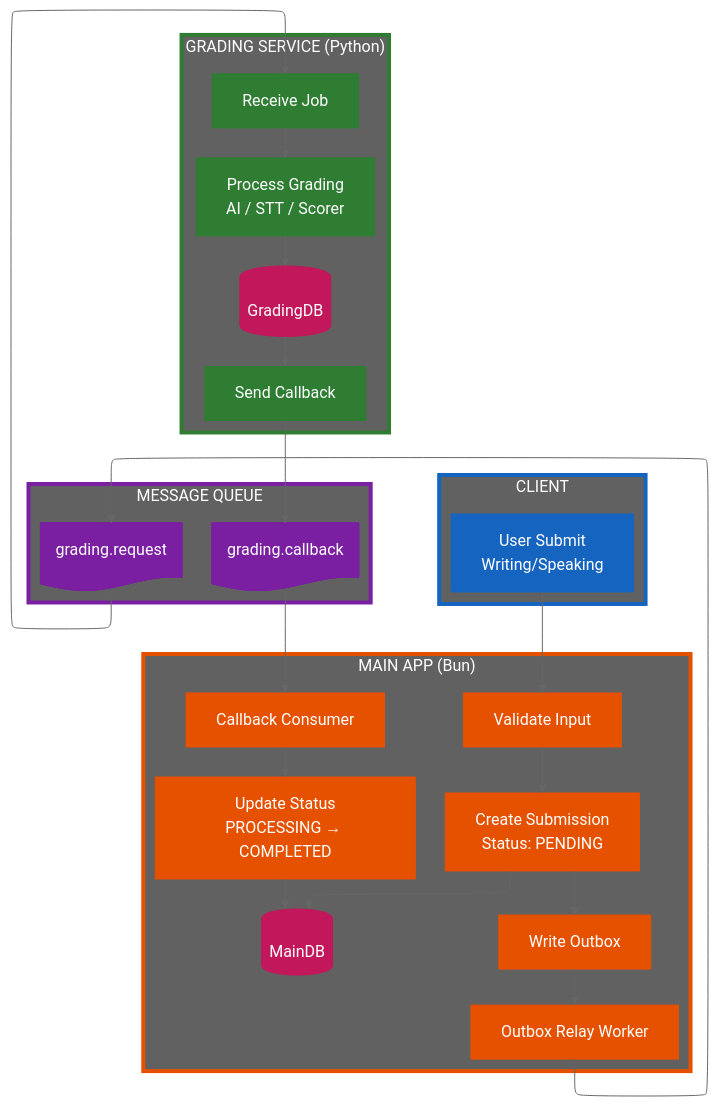
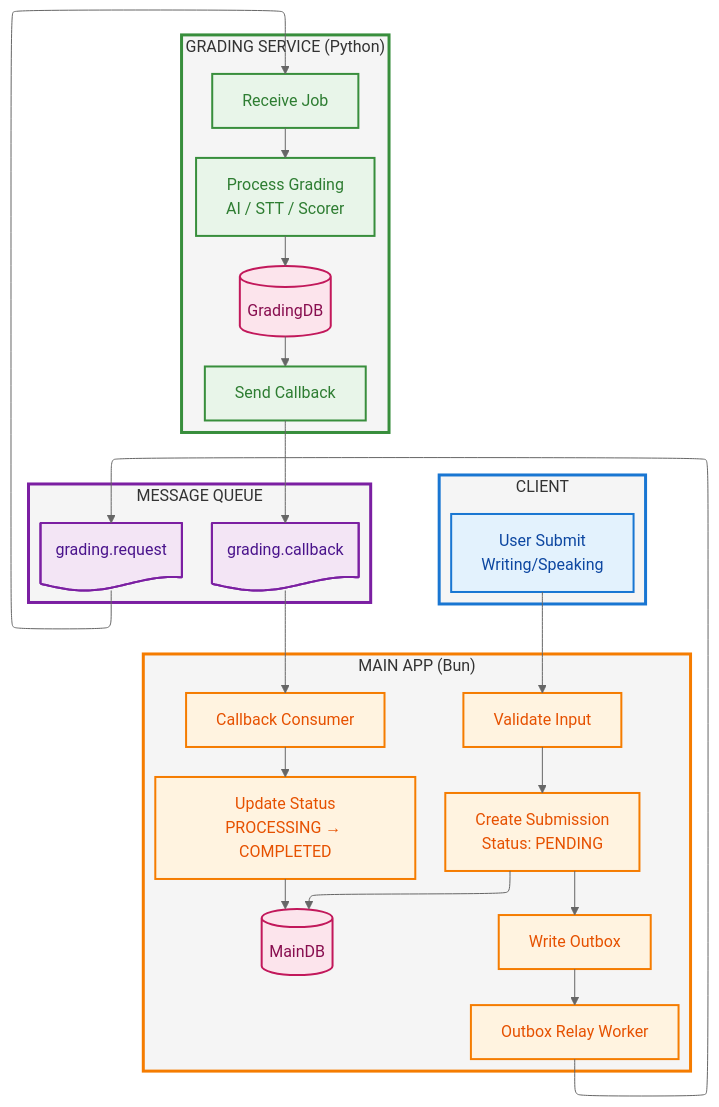
One commit to nghyane/VSTEP changed the second of 12 diagrams in docs/capstone/diagrams/flow-diagrams.vi.md. Above: the diagram before and after it, drawn with Mermaid (neutral theme). The commit also changed other lines of this file, not shown here.

First line of the commit message:
style(docs): fix mermaid diagram colors to pastel scheme

````diff
--- a/docs/capstone/diagrams/flow-diagrams.vi.md
+++ b/docs/capstone/diagrams/flow-diagrams.vi.md
@@ -95,64 +95,64 @@
 ```mermaid
 ---
 config:
   layout: elk
 ---
 flowchart TB
     subgraph Client["CLIENT"]
         User["User Submit\nWriting/Speaking"]
     end
 
     subgraph Bun["MAIN APP (Bun)"]
         direction TB
         Validate["Validate Input"]
         CreateSub["Create Submission\nStatus: PENDING"]
         SaveDB[("MainDB")]
         WriteOutbox["Write Outbox"]
         Relay["Outbox Relay Worker"]
         Consume["Callback Consumer"]
         UpdateStatus["Update Status\nPROCESSING → COMPLETED"]
     end
 
     subgraph Queue["MESSAGE QUEUE"]
         ReqQueue@{ shape: doc, label: "grading.request" }
         CbQueue@{ shape: doc, label: "grading.callback" }
     end
 
     subgraph Python["GRADING SERVICE (Python)"]
         direction TB
         Receive["Receive Job"]
         Process["Process Grading\nAI / STT / Scorer"]
         SaveGrade[("GradingDB")]
         SendCb["Send Callback"]
     end
 
     User --> Validate --> CreateSub --> SaveDB
     CreateSub --> WriteOutbox
     WriteOutbox --> Relay --> ReqQueue --> Receive
     Receive --> Process --> SaveGrade --> SendCb --> CbQueue --> Consume
     Consume --> UpdateStatus --> SaveDB
 
-    %% Nodes
-    classDef client fill:#1565c0,stroke:#1565c0,color:#fff
-    classDef bun fill:#e65100,stroke:#e65100,color:#fff
-    classDef queue fill:#7b1fa2,stroke:#7b1fa2,color:#fff
-    classDef python fill:#2e7d32,stroke:#2e7d32,color:#fff
-    classDef db fill:#c2185b,stroke:#c2185b,color:#fff
+    %% Nodes - soft pastel fill with dark text
+    classDef client fill:#e3f2fd,stroke:#1976d2,stroke-width:2px,color:#0d47a1
+    classDef bun fill:#fff3e0,stroke:#f57c00,stroke-width:2px,color:#e65100
+    classDef queue fill:#f3e5f5,stroke:#7b1fa2,stroke-width:2px,color:#4a148c
+    classDef python fill:#e8f5e9,stroke:#388e3c,stroke-width:2px,color:#2e7d32
+    classDef db fill:#fce4ec,stroke:#c2185b,stroke-width:2px,color:#880e4f
 
-    %% Boxes - transparent with thick colored border
-    classDef clientBox fill:#616161,stroke:#1565c0,stroke-width:4px,color:#fff
-    classDef bunBox fill:#616161,stroke:#e65100,stroke-width:4px,color:#fff
-    classDef queueBox fill:#616161,stroke:#7b1fa2,stroke-width:4px,color:#fff
-    classDef pythonBox fill:#616161,stroke:#2e7d32,stroke-width:4px,color:#fff
+    %% Boxes - light tint with matching border
+    classDef clientBox fill:#f5f5f5,stroke:#1976d2,stroke-width:3px,color:#333
+    classDef bunBox fill:#f5f5f5,stroke:#f57c00,stroke-width:3px,color:#333
+    classDef queueBox fill:#f5f5f5,stroke:#7b1fa2,stroke-width:3px,color:#333
+    classDef pythonBox fill:#f5f5f5,stroke:#388e3c,stroke-width:3px,color:#333
 
     class Client clientBox
     class Bun bunBox
     class Queue queueBox
     class Python pythonBox
 
     class User client
     class Validate,CreateSub,WriteOutbox,Relay,Consume,UpdateStatus bun
     class ReqQueue,CbQueue queue
     class Receive,Process,SendCb python
     class SaveDB,SaveGrade db
 ```
````
